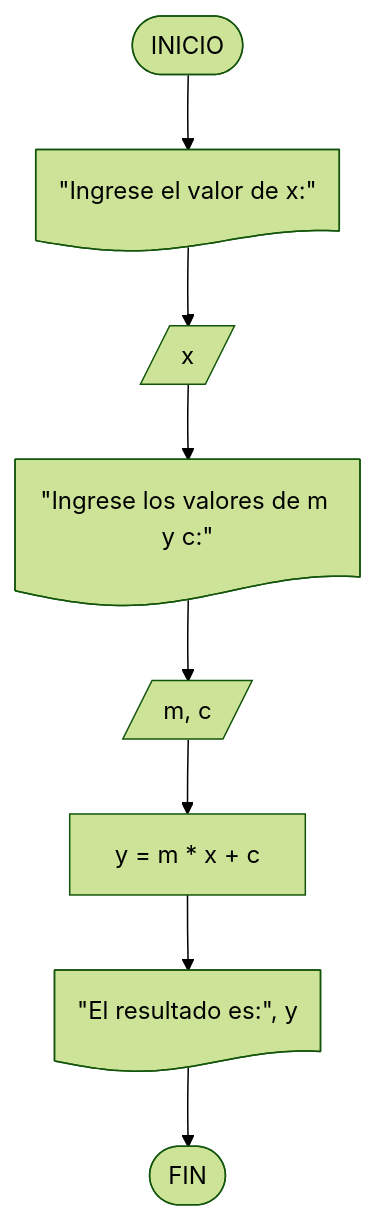
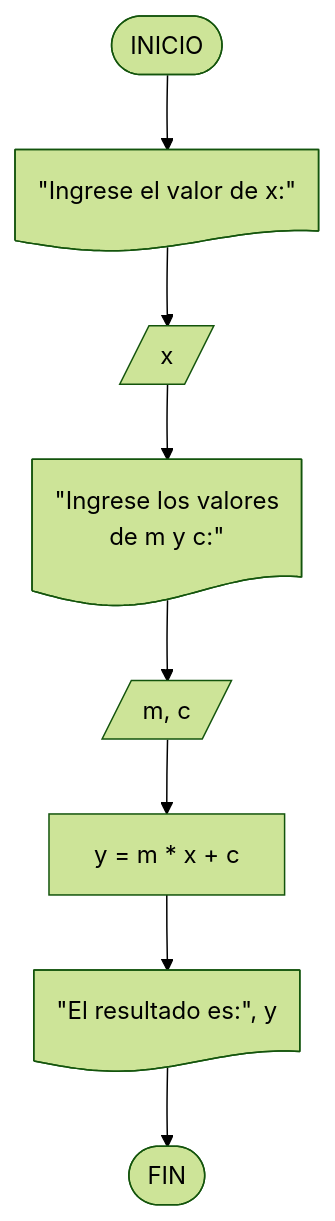
The first of 2 diagrams in docs/core/introduction/coding.md (BenjaminSerrano/principios-programacion), drawn with Mermaid (forest theme) before and after one commit. The commit also changed 2 other files, not shown here.

Commit message:
Fix MathJax rendering and flowchart text truncation
- Fix mathjax.js: remove ignoreHtmlClass that blocked arithmatex elements,
  add guard to prevent TypeError when document$ fires before MathJax loads
- Add line breaks in long flowchart doc nodes to prevent text truncation
- Restore LaTeX formula in coding.md now that MathJax renders correctly

````diff
--- a/docs/core/introduction/coding.md
+++ b/docs/core/introduction/coding.md
@@ -204,10 +204,10 @@
     ``` mermaid
     flowchart TD
         A([INICIO]) --> B@{ shape: doc, label: "\"Ingrese el valor de x:\"" }
         B --> C[/x/]
-        C --> D@{ shape: doc, label: "\"Ingrese los valores de m y c:\"" }
+        C --> D@{ shape: doc, label: "\"Ingrese los valores<br/>de m y c:\"" }
         D --> E[/m, c/]
         E --> F["y = m * x + c"]
         F --> G@{ shape: doc, label: "\"El resultado es:\", y" }
         G --> H([FIN])
     ```
````
